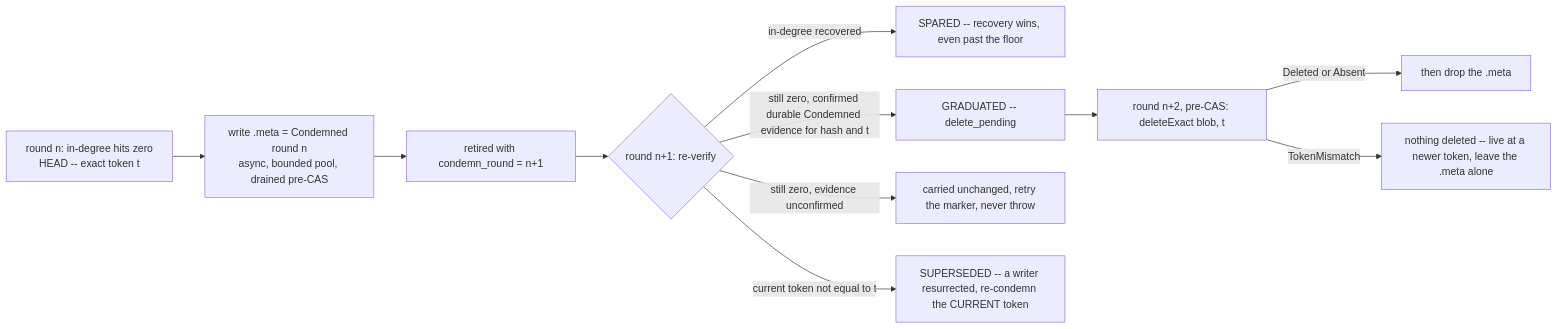
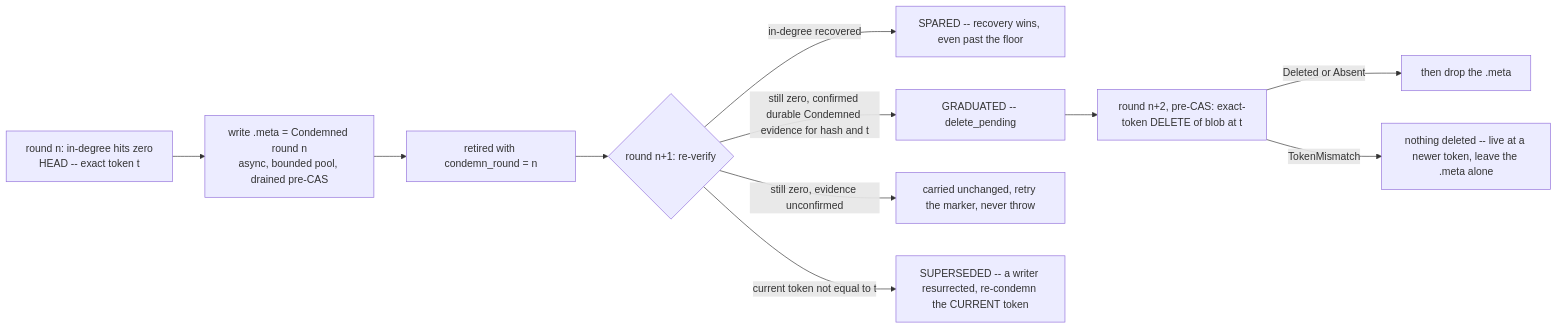
Before and after one commit to Altinity/ClickHouse: the third of 3 diagrams in docs/en/antalya/cas/architecture/garbage-collection.md, drawn with Mermaid. The commit also changed other lines of this file and 6 other files, not shown here.

````diff
--- a/docs/en/antalya/cas/architecture/garbage-collection.md
+++ b/docs/en/antalya/cas/architecture/garbage-collection.md
@@ -150,13 +670,13 @@
 ```mermaid
 flowchart LR
     A["round n: in-degree hits zero<br/>HEAD -- exact token t"] --> B["write .meta = Condemned round n<br/>async, bounded pool, drained pre-CAS"]
-    B --> C["retired with condemn_round = n+1"]
+    B --> C["retired with condemn_round = n"]
     C --> D{"round n+1: re-verify"}
     D -->|"in-degree recovered"| S["SPARED -- recovery wins, even past the floor"]
     D -->|"still zero, confirmed durable Condemned evidence for hash and t"| G["GRADUATED -- delete_pending"]
     D -->|"still zero, evidence unconfirmed"| C2["carried unchanged, retry the marker, never throw"]
     D -->|"current token not equal to t"| SUP["SUPERSEDED -- a writer resurrected, re-condemn the CURRENT token"]
-    G --> E["round n+2, pre-CAS: deleteExact blob, t"]
+    G --> E["round n+2, pre-CAS: exact-token DELETE of blob at t"]
     E -->|"Deleted or Absent"| F["then drop the .meta"]
     E -->|TokenMismatch| H["nothing deleted -- live at a newer token, leave the .meta alone"]
 ```
````
